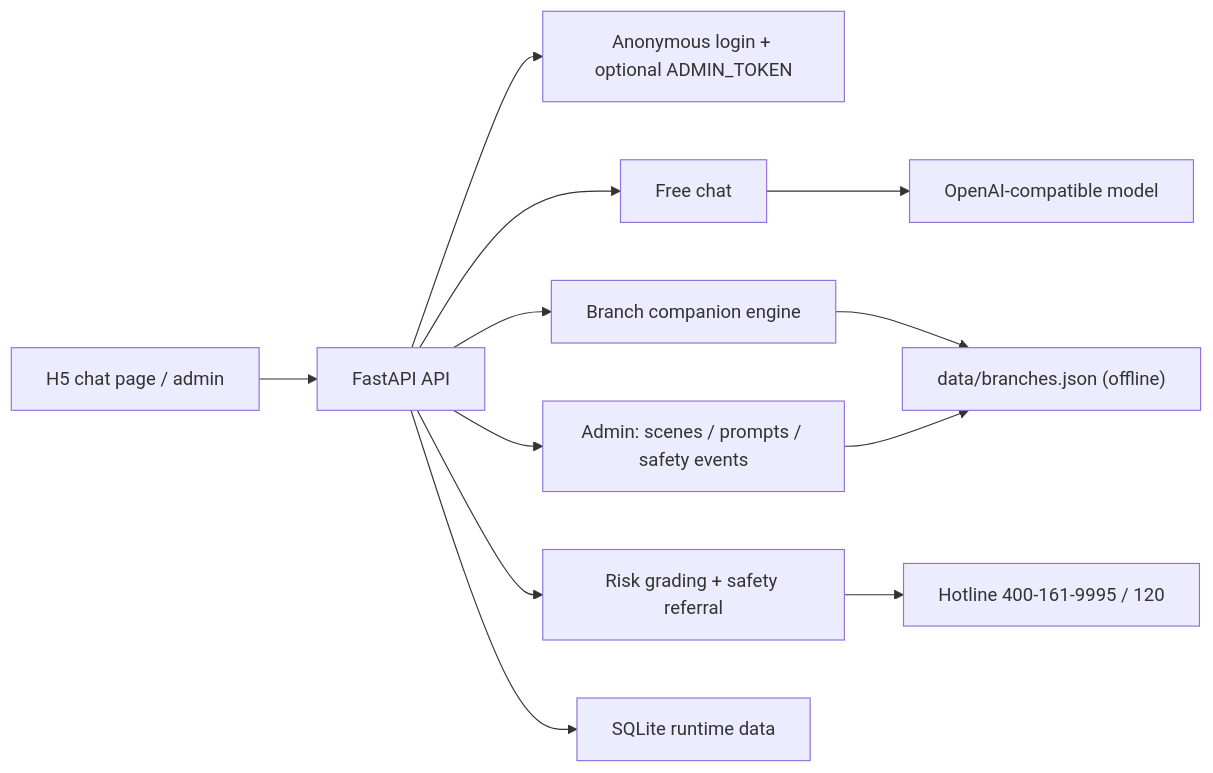
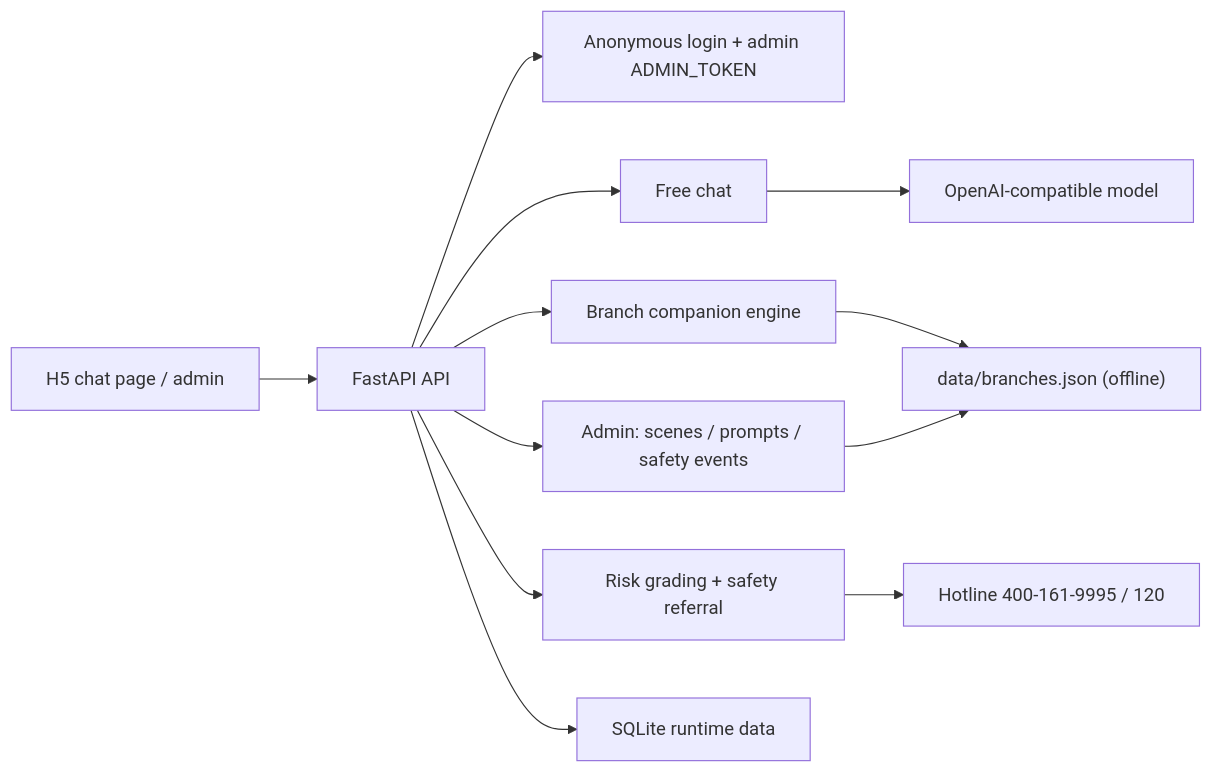
One commit to liao96312/houmenbiegun changed the diagram in README.md. Above: the diagram before and after it, drawn with Mermaid. The commit also changed other lines of this file and 9 other files, not shown here.

First line of the commit message:
fix(admin): 所有后台接口强制校验 ADMIN_TOKEN，默认拒绝

````diff
--- a/README.md
+++ b/README.md
@@ -55,14 +55,14 @@
 ```mermaid
 flowchart LR
   Browser["H5 chat page / admin"] --> API["FastAPI API"]
-  API --> Auth["Anonymous login + optional ADMIN_TOKEN"]
+  API --> Auth["Anonymous login + admin ADMIN_TOKEN"]
   API --> Free["Free chat"]
   Free --> LLM["OpenAI-compatible model"]
   API --> Branch["Branch companion engine"]
   Branch --> JSON["data/branches.json (offline)"]
   API --> Safety["Risk grading + safety referral"]
   Safety --> Hotline["Hotline 400-161-9995 / 120"]
   API --> Admin["Admin: scenes / prompts / safety events"]
   Admin --> JSON
   API --> Store["SQLite runtime data"]
 ```
````
